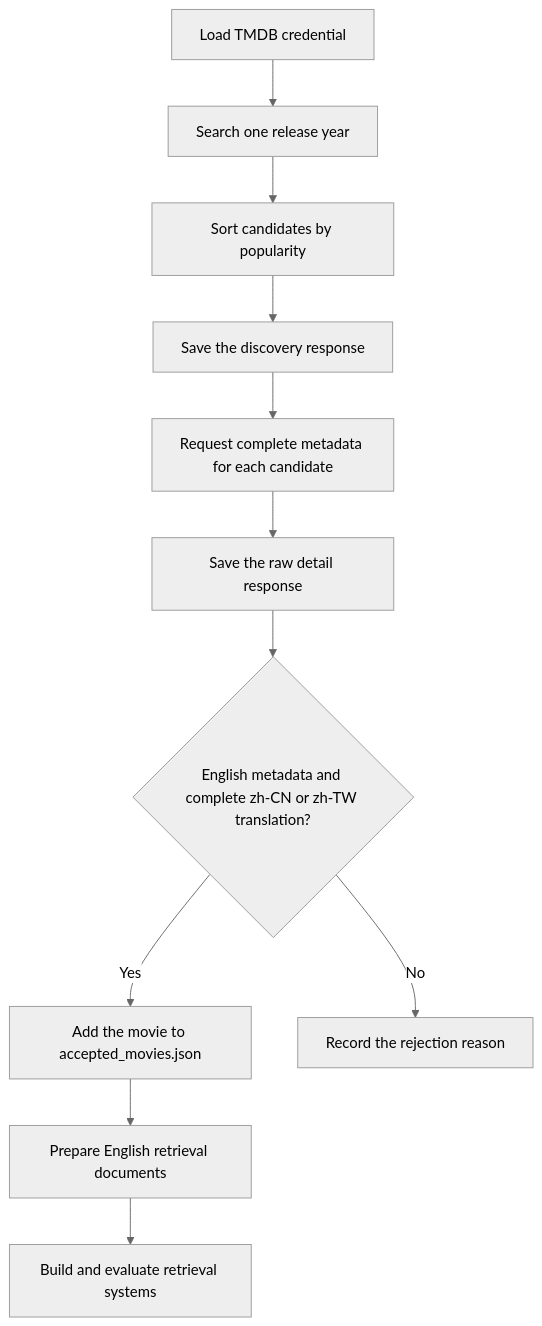
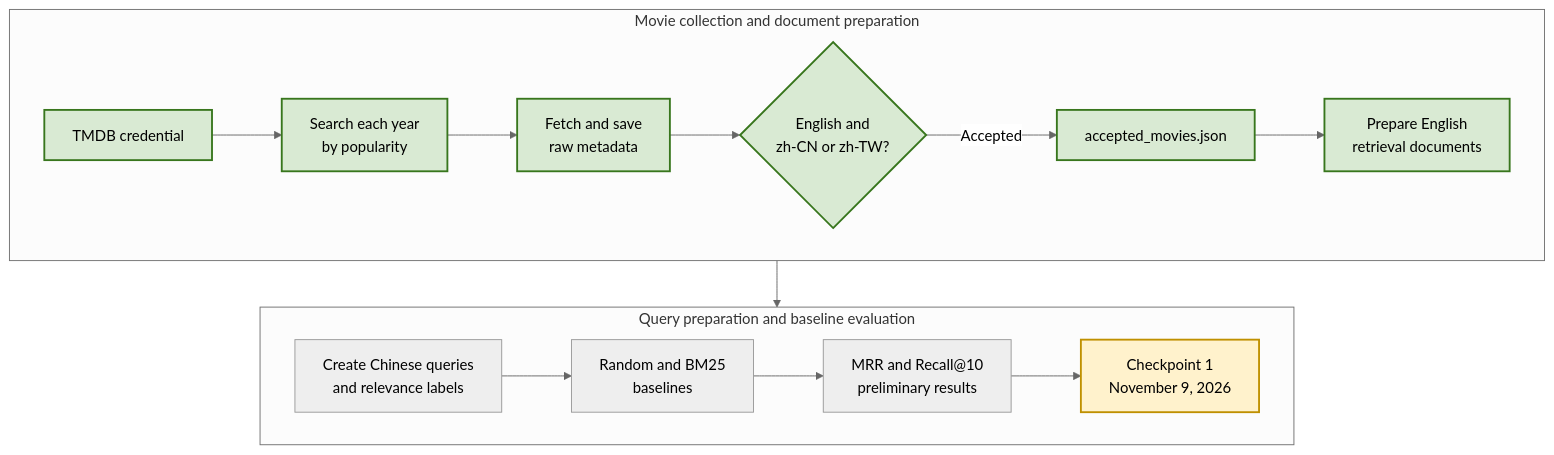
One commit to SammiWang0516/InformationRetrieval_AudioviusalMedia changed the diagram in README.md. Above: the diagram before and after it, drawn with Mermaid (neutral theme). The commit also changed other lines of this file, not shown here.

````diff
--- a/README.md
+++ b/README.md
@@ -21,13 +21,25 @@
 ```mermaid
-flowchart TD
-    A["Load TMDB credential"] --> B["Search one release year"]
-    B --> C["Sort candidates by popularity"]
-    C --> D["Save the discovery response"]
-    D --> E["Request complete metadata for each candidate"]
-    E --> F["Save the raw detail response"]
-    F --> G{"English metadata and complete zh-CN or zh-TW translation?"}
-    G -->|"Yes"| H["Add the movie to accepted_movies.json"]
-    G -->|"No"| I["Record the rejection reason"]
-    H --> J["Prepare English retrieval documents"]
-    J --> K["Build and evaluate retrieval systems"]
+flowchart TB
+    subgraph COLLECTION["Movie collection and document preparation"]
+        direction LR
+        A["TMDB credential"] --> B["Search each year<br/>by popularity"]
+        B --> C["Fetch and save<br/>raw metadata"]
+        C --> D{"English and<br/>zh-CN or zh-TW?"}
+        D -->|"Accepted"| E["accepted_movies.json"]
+        E --> F["Prepare English<br/>retrieval documents"]
+    end
+
+    subgraph EVALUATION["Query preparation and baseline evaluation"]
+        direction LR
+        G["Create Chinese queries<br/>and relevance labels"] --> H["Random and BM25<br/>baselines"]
+        H --> I["MRR and Recall@10<br/>preliminary results"]
+        I --> J["Checkpoint 1<br/>November 9, 2026"]
+    end
+
+    F --> G
+
+    classDef completed fill:#d9ead3,stroke:#38761d,stroke-width:2px,color:#000000;
+    classDef checkpoint fill:#fff2cc,stroke:#bf9000,stroke-width:2px,color:#000000;
+    class A,B,C,D,E,F completed;
+    class J checkpoint;
 ```
````
